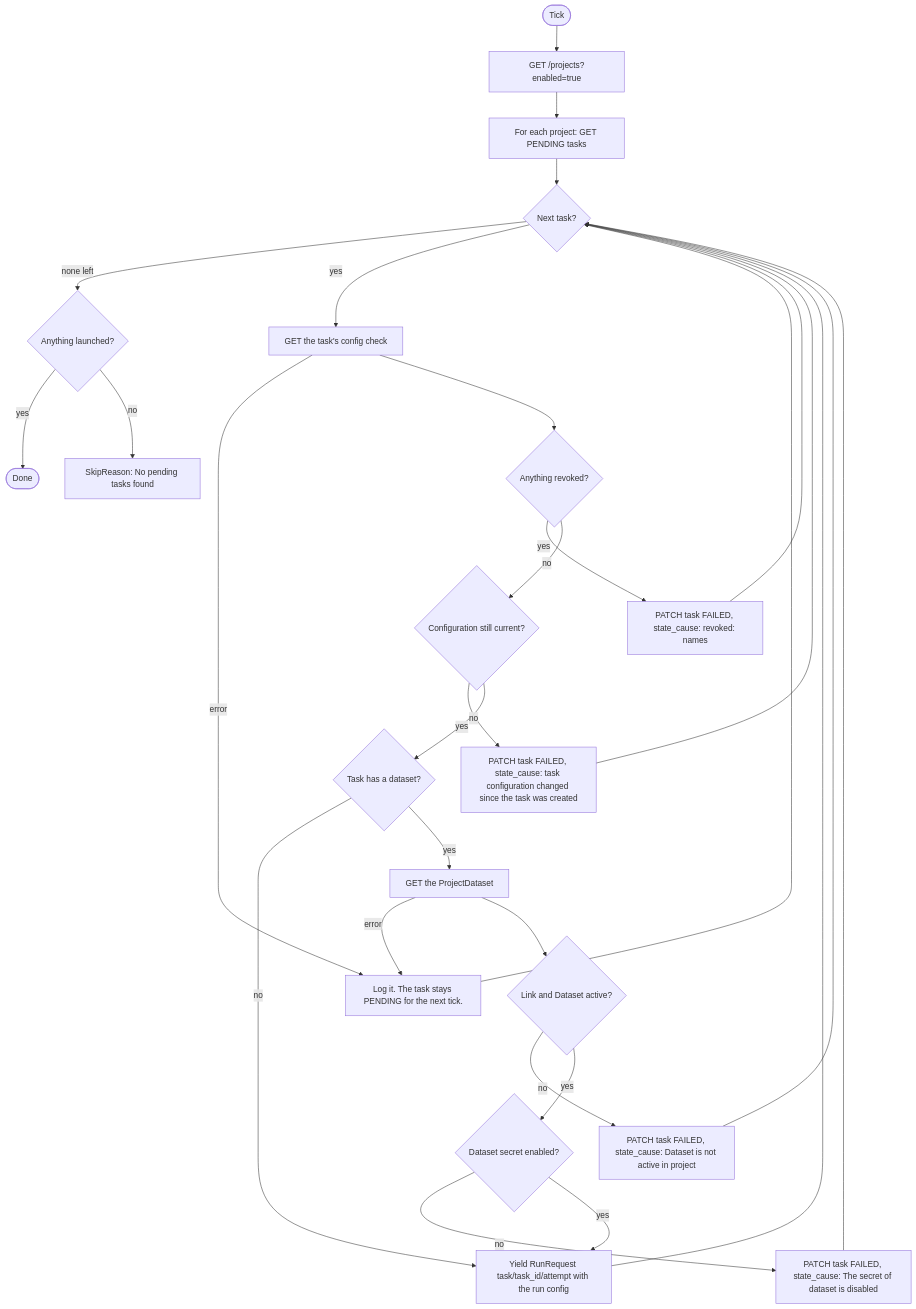
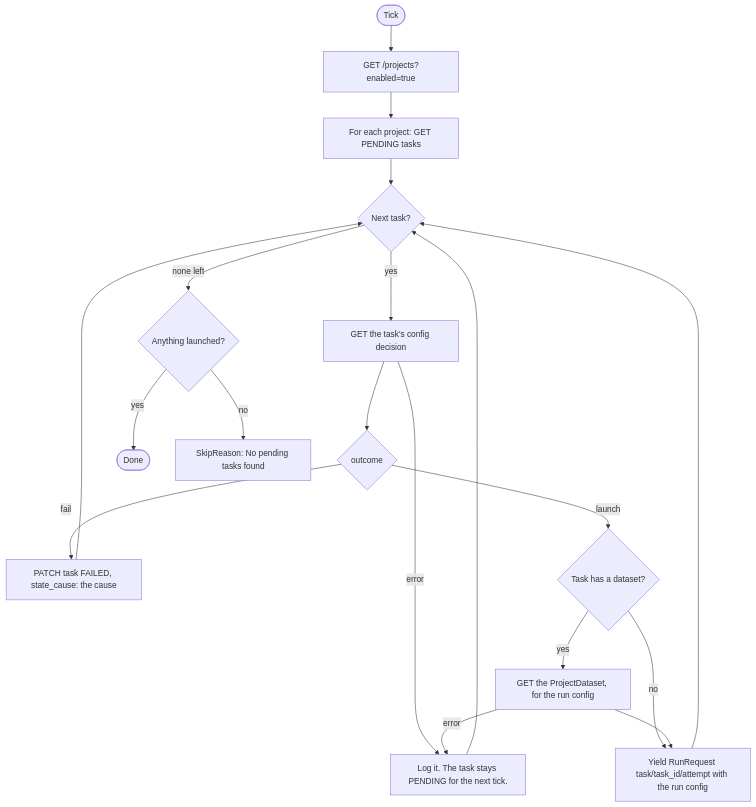
Before and after one commit to Aridhia-Open-Source/PHEMS_federated_node: the diagram in docs/architecture/sensors/task-launcher.md, drawn with Mermaid. The commit also changed other lines of this file and 14 other files, not shown here.

First line of the commit message:
Move the launcher's rules into the webserver: config answer carries outcome and cause

````diff
--- a/docs/architecture/sensors/task-launcher.md
+++ b/docs/architecture/sensors/task-launcher.md
@@ -28,30 +28,21 @@
 ```mermaid
 flowchart TD
     A([Tick]) --> B["GET /projects?enabled=true"]
     B --> C["For each project: GET PENDING tasks"]
     C --> D{"Next task?"}
     D -->|"none left"| Z{"Anything launched?"}
-    D -->|yes| E["GET the task's config check"]
+    D -->|yes| E["GET the task's config decision"]
     E -->|error| ERR["Log it. The task stays PENDING for the next tick."]
     ERR --> D
-    E --> F{"Anything revoked?"}
-    F -->|yes| FAIL1["PATCH task FAILED, state_cause: revoked: names"]
-    F -->|no| G{"Configuration still current?"}
-    G -->|no| FAIL2["PATCH task FAILED, state_cause: task configuration changed since the task was created"]
-    G -->|yes| H{"Task has a dataset?"}
+    E --> F{"outcome"}
+    F -->|fail| FAIL["PATCH task FAILED, state_cause: the cause"]
+    F -->|launch| H{"Task has a dataset?"}
     H -->|no| L
-    H -->|yes| I["GET the ProjectDataset"]
+    H -->|yes| I["GET the ProjectDataset, for the run config"]
     I -->|error| ERR
-    I --> J{"Link and Dataset active?"}
-    J -->|no| FAIL3["PATCH task FAILED, state_cause: Dataset is not active in project"]
-    J -->|yes| K{"Dataset secret enabled?"}
-    K -->|no| FAIL4["PATCH task FAILED, state_cause: The secret of dataset is disabled"]
-    K -->|yes| L["Yield RunRequest task/task_id/attempt with the run config"]
-    FAIL1 --> D
-    FAIL2 --> D
-    FAIL3 --> D
-    FAIL4 --> D
+    I --> L["Yield RunRequest task/task_id/attempt with the run config"]
+    FAIL --> D
     L --> D
     Z -->|yes| Y([Done])
     Z -->|no| X["SkipReason: No pending tasks found"]
 ```
````
